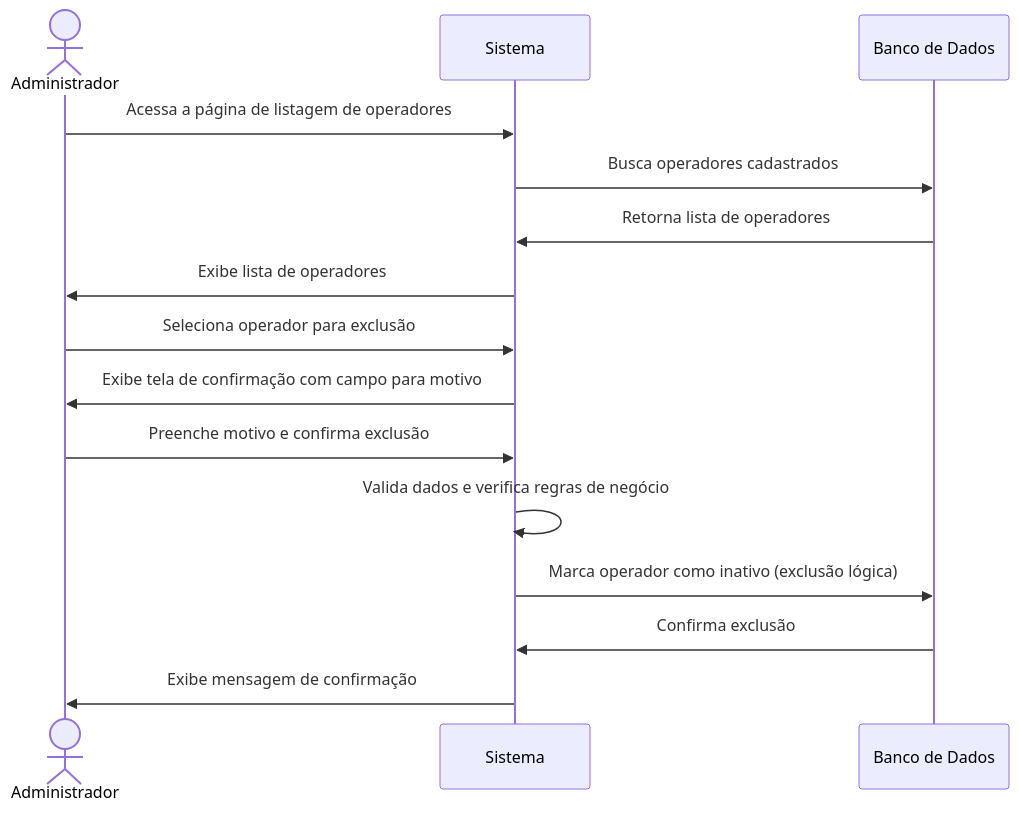
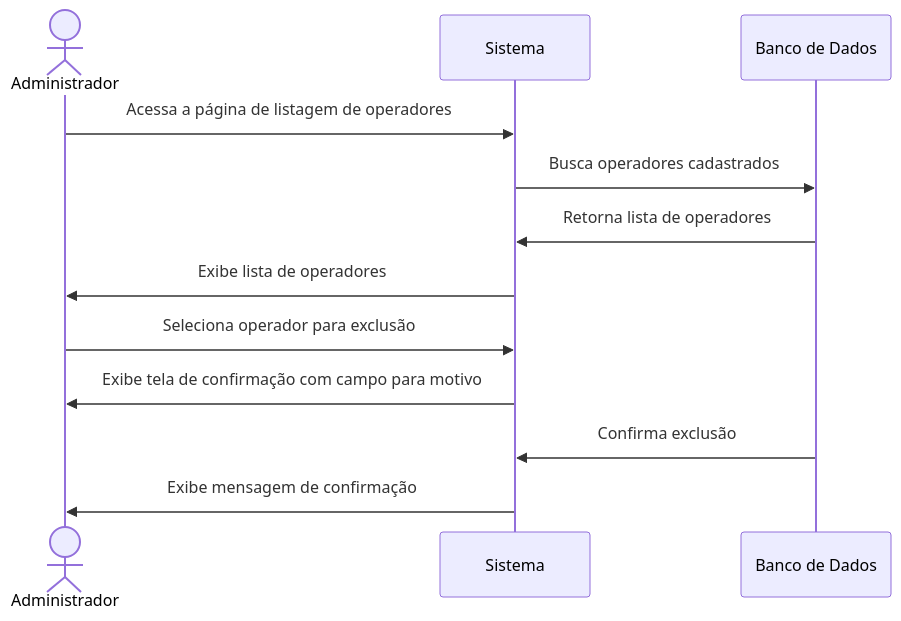
One commit to Bomsalvez/quilombo-docs changed the first of 3 diagrams in Writerside/topics/RF03.md. Above: the diagram before and after it, drawn with Mermaid. The commit also changed other lines of this file and 34 other files, not shown here.

````diff
--- a/Writerside/topics/RF03.md
+++ b/Writerside/topics/RF03.md
@@ -34,18 +32,15 @@
 ```mermaid
 sequenceDiagram
     actor A as Administrador
     participant S as Sistema
     participant BD as Banco de Dados
     
     A->>S: Acessa a página de listagem de operadores
     S->>BD: Busca operadores cadastrados
     BD->>S: Retorna lista de operadores
     S->>A: Exibe lista de operadores
     A->>S: Seleciona operador para exclusão
     S->>A: Exibe tela de confirmação com campo para motivo
-    A->>S: Preenche motivo e confirma exclusão
-    S->>S: Valida dados e verifica regras de negócio
-    S->>BD: Marca operador como inativo (exclusão lógica)
     BD->>S: Confirma exclusão
     S->>A: Exibe mensagem de confirmação
 ```
````
